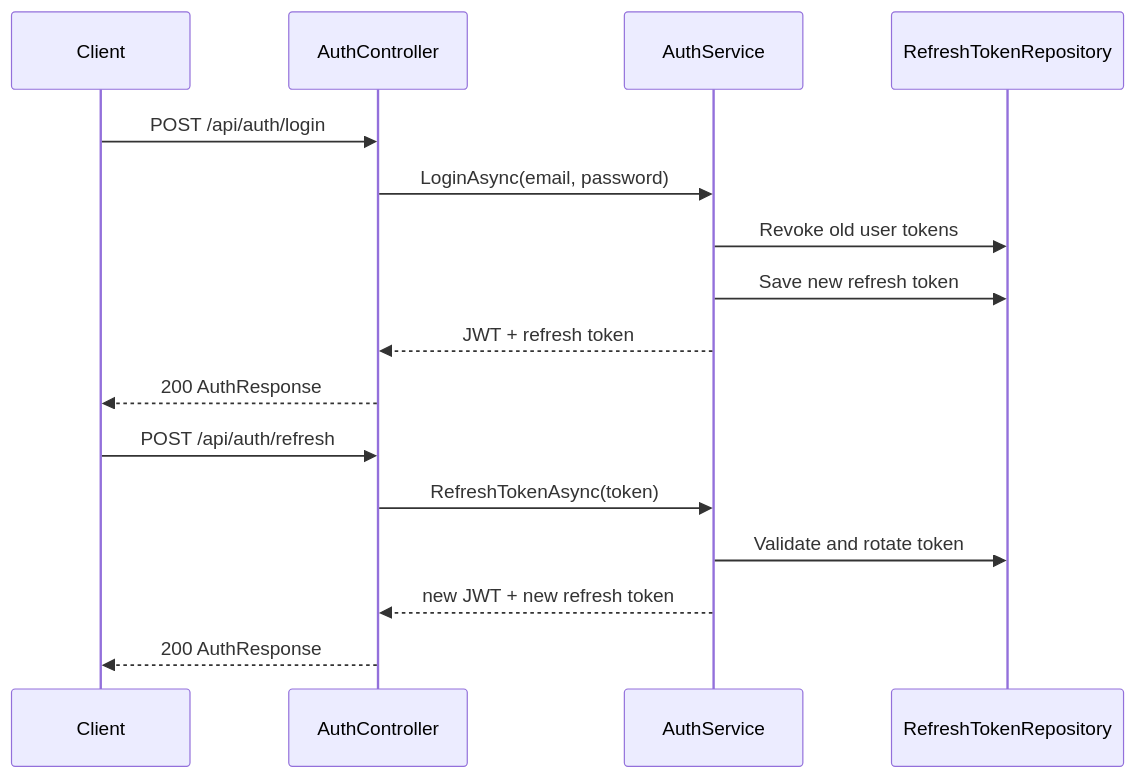
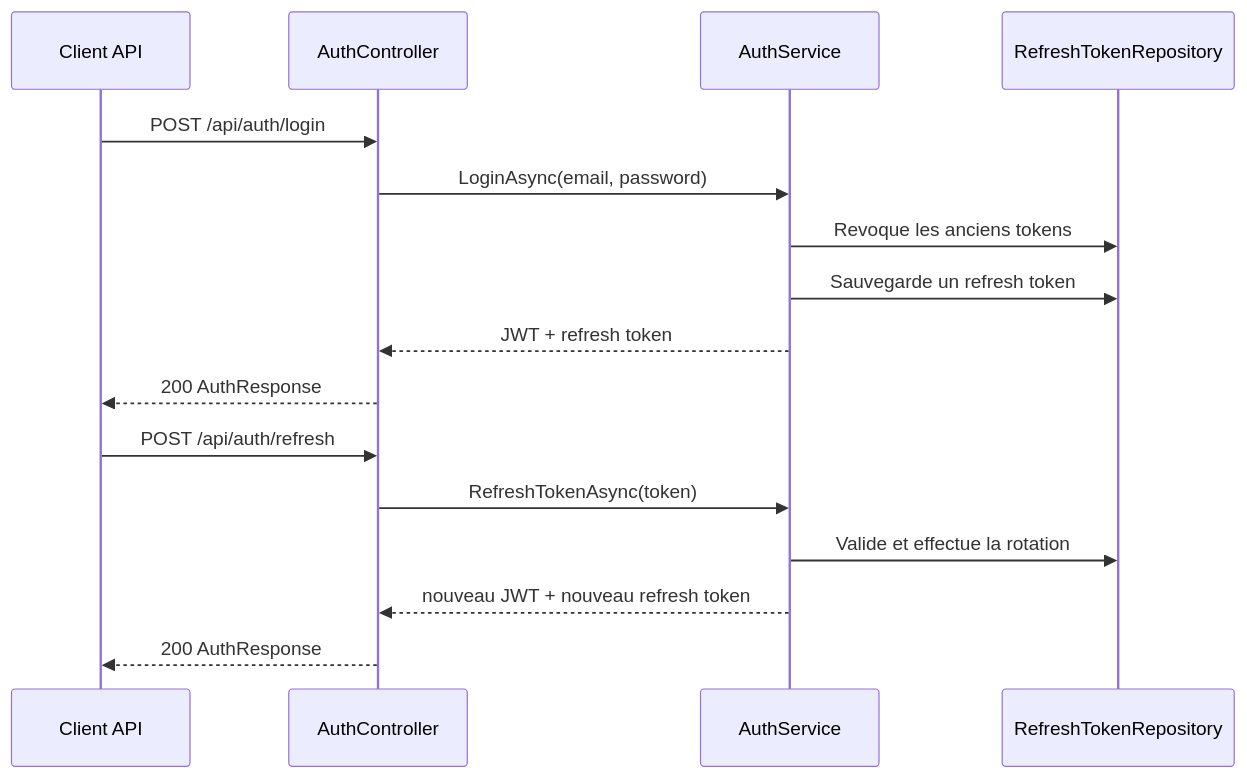
Before and after one commit to BAYRYO/AdvancedDevSample: the first of 2 diagrams in docs/api.md, drawn with Mermaid. The commit also changed other lines of this file and 9 other files, not shown here.

Commit message:
docs: Update documentation for clarity and completeness; enhance API, CI/CD, and operations sections with diagrams and detailed descriptions

````diff
--- a/docs/api.md
+++ b/docs/api.md
@@ -25,20 +47,20 @@
 ```mermaid
 sequenceDiagram
-  participant C as Client
+  participant C as Client API
   participant A as AuthController
   participant S as AuthService
   participant R as RefreshTokenRepository
 
   C->>A: POST /api/auth/login
   A->>S: LoginAsync(email, password)
-  S->>R: Revoke old user tokens
-  S->>R: Save new refresh token
+  S->>R: Revoque les anciens tokens
+  S->>R: Sauvegarde un refresh token
   S-->>A: JWT + refresh token
   A-->>C: 200 AuthResponse
 
   C->>A: POST /api/auth/refresh
   A->>S: RefreshTokenAsync(token)
-  S->>R: Validate and rotate token
-  S-->>A: new JWT + new refresh token
+  S->>R: Valide et effectue la rotation
+  S-->>A: nouveau JWT + nouveau refresh token
   A-->>C: 200 AuthResponse
 ```
````
